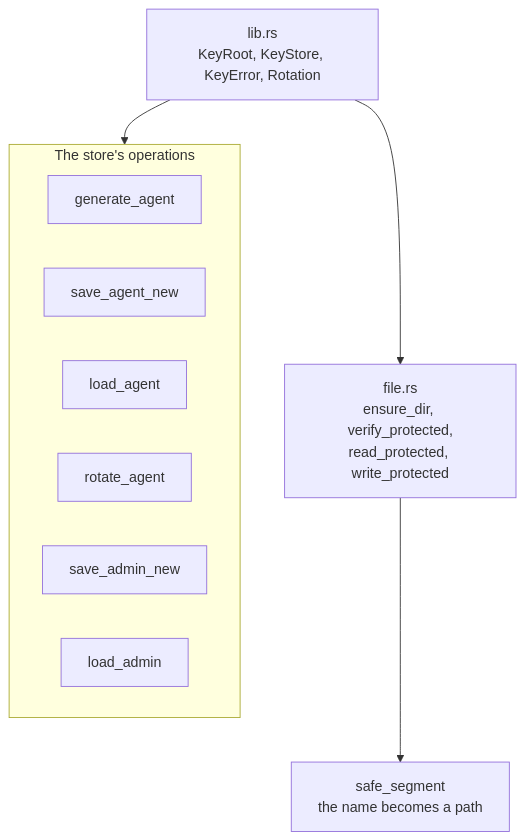
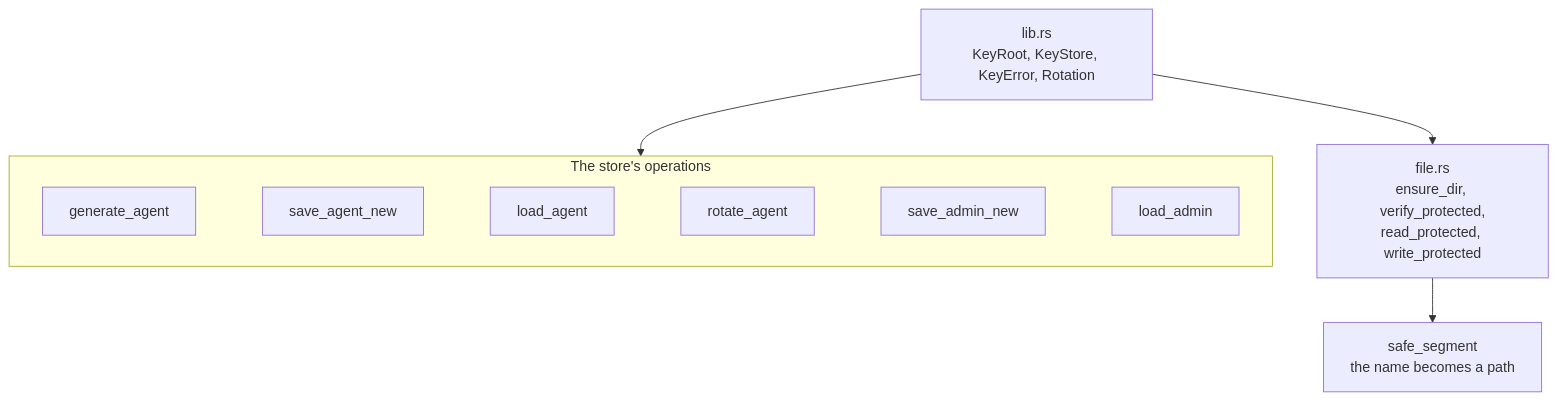
The first of 6 diagrams in site/docs/components/ksp-key-lifecycle.md (bruj0/keyspout), drawn with Mermaid before and after one commit. The commit also changed 15 other files, not shown here.

First line of the commit message:
feat(site): zoom every diagram, and make the wide ones vertical

````diff
--- a/site/docs/components/ksp-key-lifecycle.md
+++ b/site/docs/components/ksp-key-lifecycle.md
@@ -30,18 +30,24 @@
 ```mermaid
 graph TB
   LIB["lib.rs<br/>KeyRoot, KeyStore, KeyError, Rotation"]
   FILE["file.rs<br/>ensure_dir, verify_protected,<br/>read_protected, write_protected"]
 
   subgraph Ops["The store's operations"]
     GEN["generate_agent"]
     SAVE["save_agent_new"]
     LOAD["load_agent"]
     ROT["rotate_agent"]
     SAVEADM["save_admin_new"]
     LOADADM["load_admin"]
   end
 
   LIB --> FILE
   LIB --> Ops
   FILE --> SAFE["safe_segment<br/>the name becomes a path"]
+
+  GEN ~~~ SAVE
+  SAVE ~~~ LOAD
+  LOAD ~~~ ROT
+  ROT ~~~ SAVEADM
+  SAVEADM ~~~ LOADADM
 ```
````
